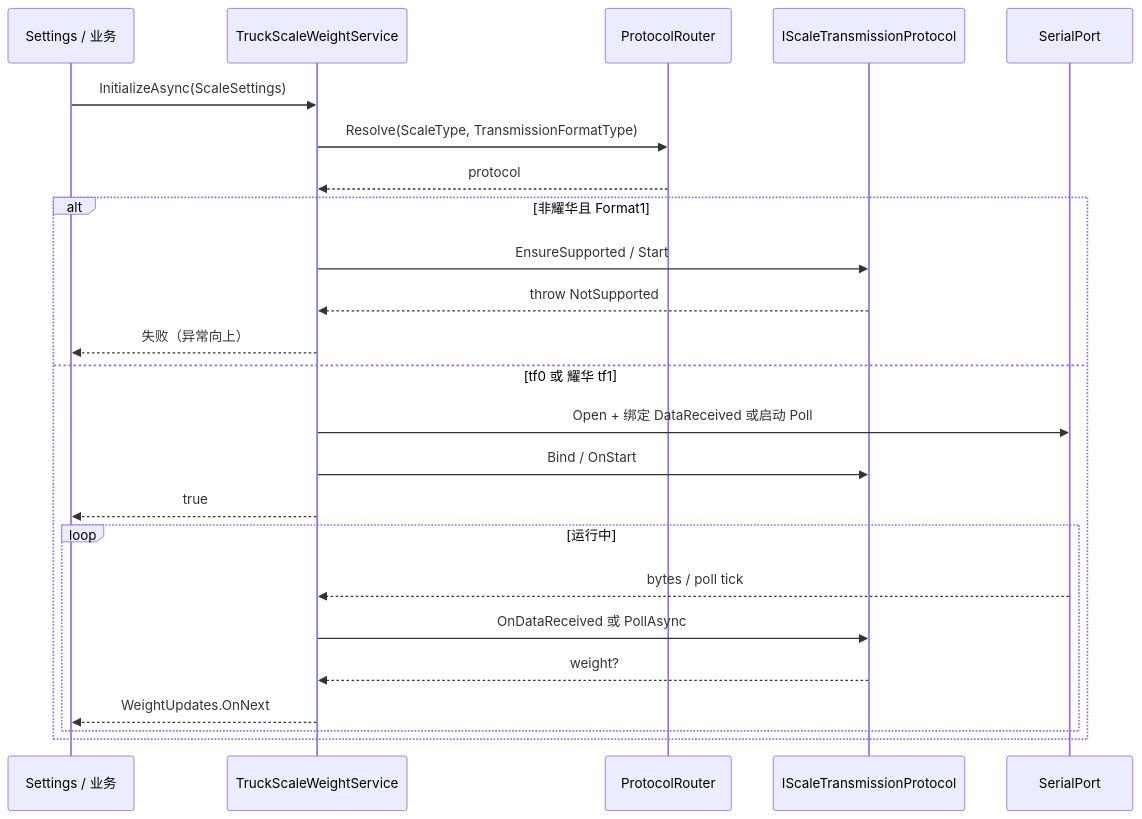
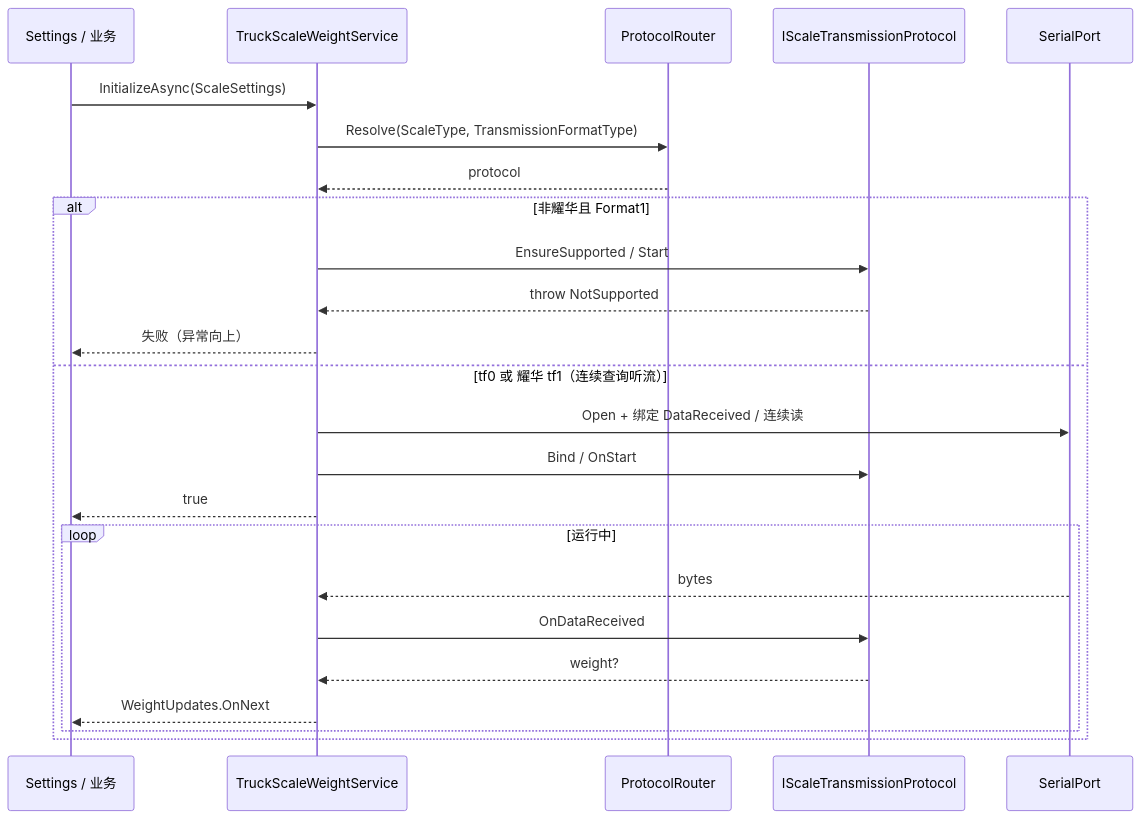
Before and after one commit to feewillowherb/MaterialMonospec: the third of 3 diagrams in docs/2026-09-15-truck-scale-transmission-format-refactor/01-修改方案讨论.md, drawn with Mermaid. The commit also changed other lines of this file and 5 other files, not shown here.

````diff
--- a/docs/2026-09-15-truck-scale-transmission-format-refactor/01-修改方案讨论.md
+++ b/docs/2026-09-15-truck-scale-transmission-format-refactor/01-修改方案讨论.md
@@ -202,27 +202,27 @@
 ```mermaid
 sequenceDiagram
   participant UI as Settings / 业务
   participant F as TruckScaleWeightService
   participant R as ProtocolRouter
   participant P as IScaleTransmissionProtocol
   participant S as SerialPort
 
   UI->>F: InitializeAsync(ScaleSettings)
   F->>R: Resolve(ScaleType, TransmissionFormatType)
   R-->>F: protocol
   alt 非耀华且 Format1
     F->>P: EnsureSupported / Start
     P-->>F: throw NotSupported
     F-->>UI: 失败（异常向上）
-  else tf0 或 耀华 tf1
-    F->>S: Open + 绑定 DataReceived 或启动 Poll
+  else tf0 或 耀华 tf1（连续查询听流）
+    F->>S: Open + 绑定 DataReceived / 连续读
     F->>P: Bind / OnStart
     F-->>UI: true
     loop 运行中
-      S-->>F: bytes / poll tick
-      F->>P: OnDataReceived 或 PollAsync
+      S-->>F: bytes
+      F->>P: OnDataReceived
       P-->>F: weight?
       F-->>UI: WeightUpdates.OnNext
     end
   end
 ```
````
